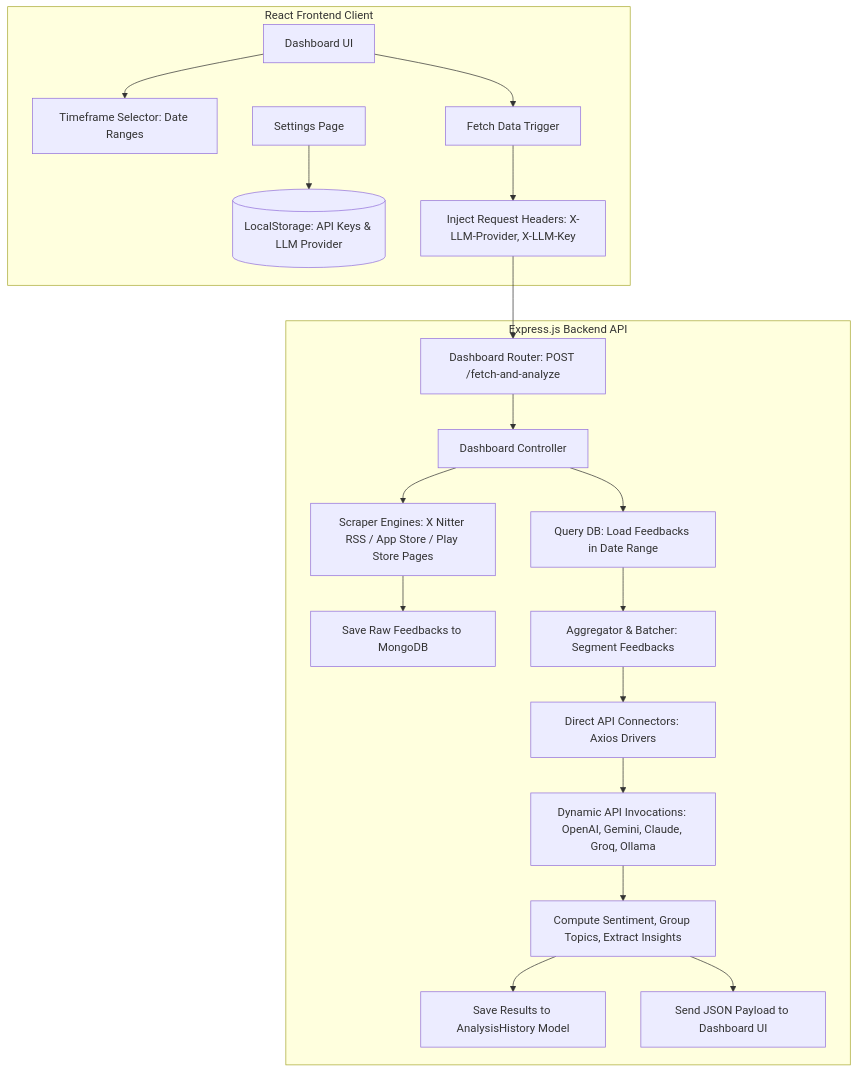
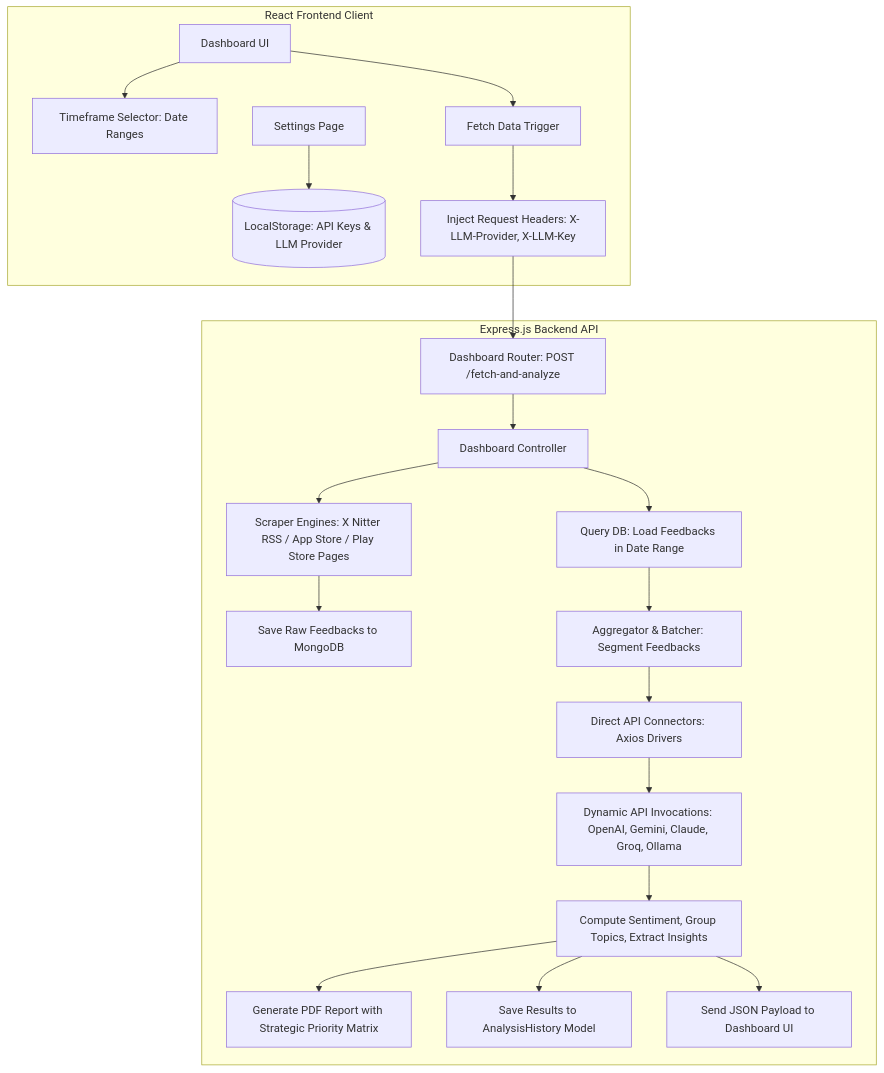
Before and after one commit to manasdutta04/prysm: the diagram in agents.md, drawn with Mermaid. The commit also changed 3 other files, not shown here.

````diff
--- a/agents.md
+++ b/agents.md
@@ -11,27 +11,28 @@
 ```mermaid
 graph TD
     subgraph Client [React Frontend Client]
         UI[Dashboard UI] --> Selector[Timeframe Selector: Date Ranges]
         UI --> Fetch[Fetch Data Trigger]
         Settings[Settings Page] --> LocalStorage[(LocalStorage: API Keys & LLM Provider)]
         Fetch --> Headers[Inject Request Headers: X-LLM-Provider, X-LLM-Key]
     end
 
     subgraph Server [Express.js Backend API]
         Headers --> Router[Dashboard Router: POST /fetch-and-analyze]
         Router --> Controller[Dashboard Controller]
         
         Controller --> Scrapers[Scraper Engines: X Nitter RSS / App Store / Play Store Pages]
         Scrapers --> DBStore[Save Raw Feedbacks to MongoDB]
         
         Controller --> Query[Query DB: Load Feedbacks in Date Range]
         Query --> Batcher[Aggregator & Batcher: Segment Feedbacks]
         
         Batcher --> AIOrchestrator[Direct API Connectors: Axios Drivers]
         AIOrchestrator --> LLM[Dynamic API Invocations: OpenAI, Gemini, Claude, Groq, Ollama]
         
         LLM --> Analysis[Compute Sentiment, Group Topics, Extract Insights]
+        Analysis --> PDF[Generate PDF Report with Strategic Priority Matrix]
         Analysis --> HistoryStore[Save Results to AnalysisHistory Model]
         Analysis --> Response[Send JSON Payload to Dashboard UI]
     end
 ```
````
